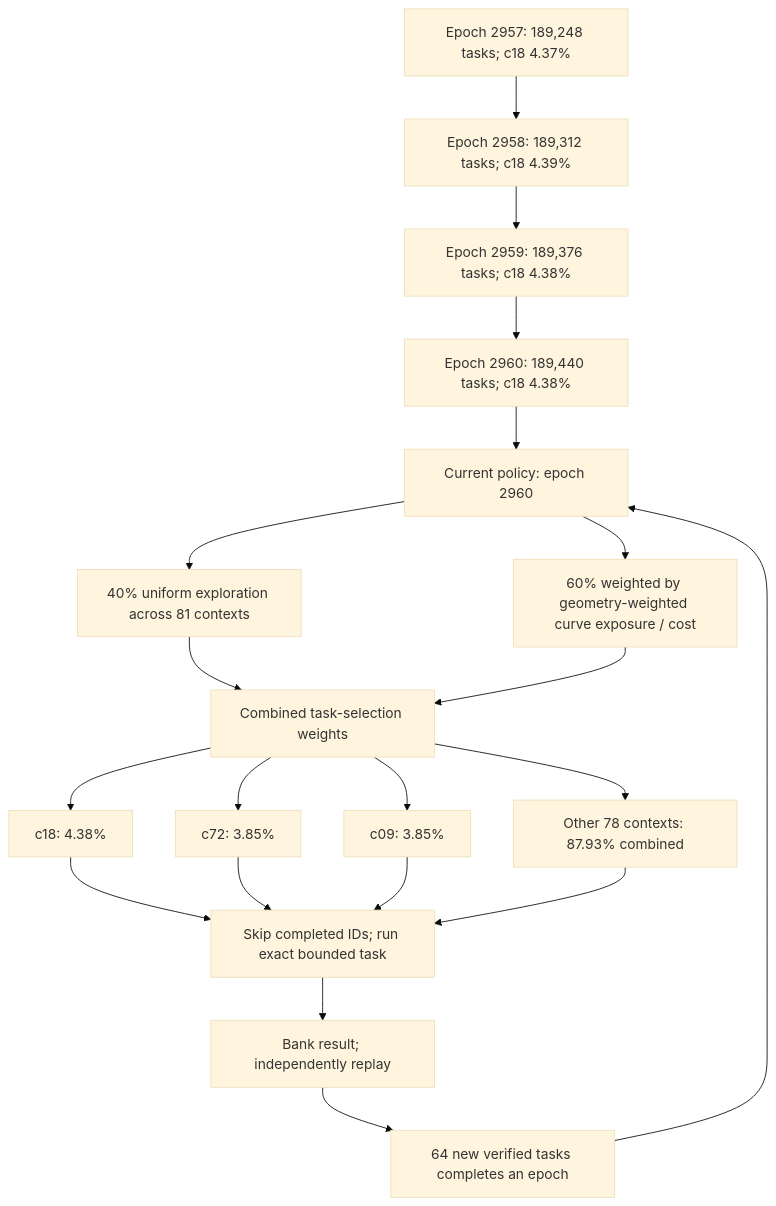
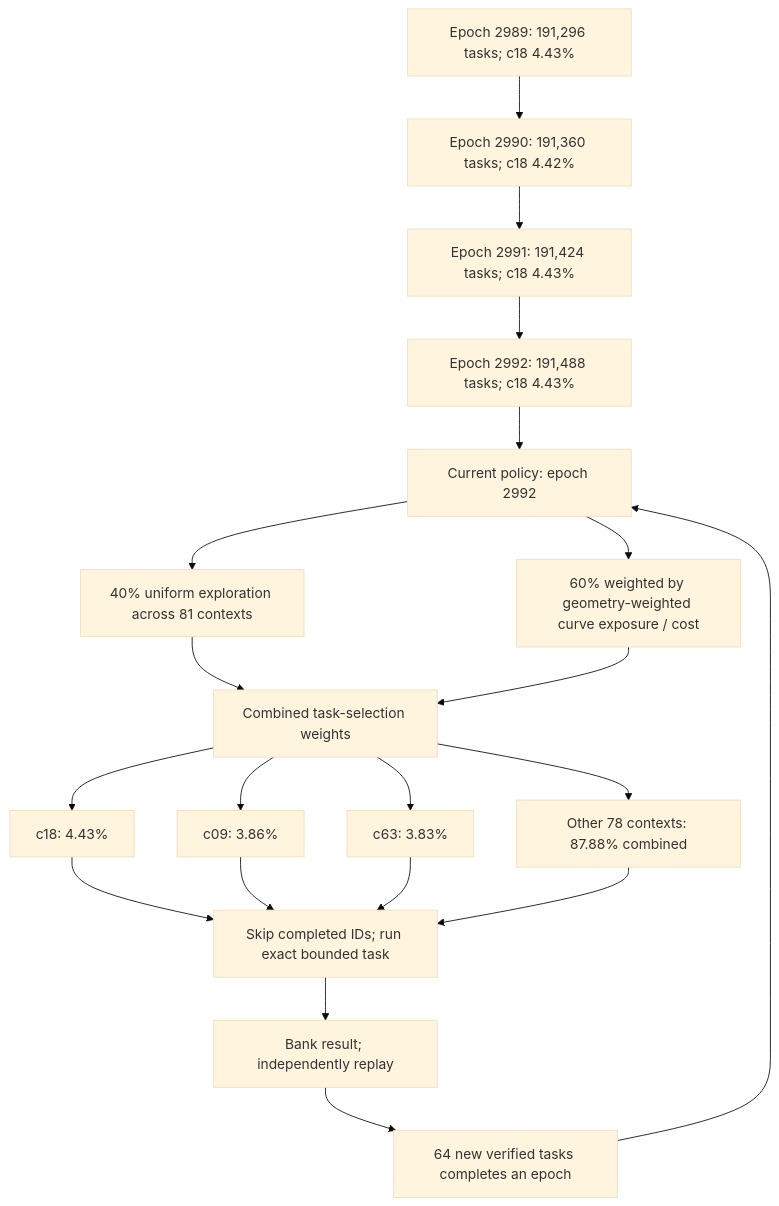
Before and after one commit to Kuberwastaken/math-gambling: the first of 3 diagrams in README.md, drawn with Mermaid (base theme). The commit also changed other lines of this file and 4043 other files, not shown here.

````diff
--- a/README.md
+++ b/README.md
@@ -57,27 +57,27 @@
 ```mermaid
 flowchart TD
-    H0["Epoch 2957: 189,248 tasks; c18 4.37%"]
-    H1["Epoch 2958: 189,312 tasks; c18 4.39%"]
+    H0["Epoch 2989: 191,296 tasks; c18 4.43%"]
+    H1["Epoch 2990: 191,360 tasks; c18 4.42%"]
     H0 --> H1
-    H2["Epoch 2959: 189,376 tasks; c18 4.38%"]
+    H2["Epoch 2991: 191,424 tasks; c18 4.43%"]
     H1 --> H2
-    H3["Epoch 2960: 189,440 tasks; c18 4.38%"]
+    H3["Epoch 2992: 191,488 tasks; c18 4.43%"]
     H2 --> H3
-    Policy["Current policy: epoch 2960"]
+    Policy["Current policy: epoch 2992"]
     H3 --> Policy
     Policy --> Explore["40% uniform exploration across 81 contexts"]
     Policy --> Cost["60% weighted by geometry-weighted curve exposure / cost"]
     Explore --> Mix["Combined task-selection weights"]
     Cost --> Mix
-    Mix --> C0["c18: 4.38%"]
-    Mix --> C1["c72: 3.85%"]
-    Mix --> C2["c09: 3.85%"]
-    Mix --> Rest["Other 78 contexts: 87.93% combined"]
+    Mix --> C0["c18: 4.43%"]
+    Mix --> C1["c09: 3.86%"]
+    Mix --> C2["c63: 3.83%"]
+    Mix --> Rest["Other 78 contexts: 87.88% combined"]
     C0 --> Check["Skip completed IDs; run exact bounded task"]
     C1 --> Check
     C2 --> Check
     Rest --> Check
     Check --> Replay["Bank result; independently replay"]
     Replay --> Gate["64 new verified tasks completes an epoch"]
     Gate --> Policy
 ```
````
